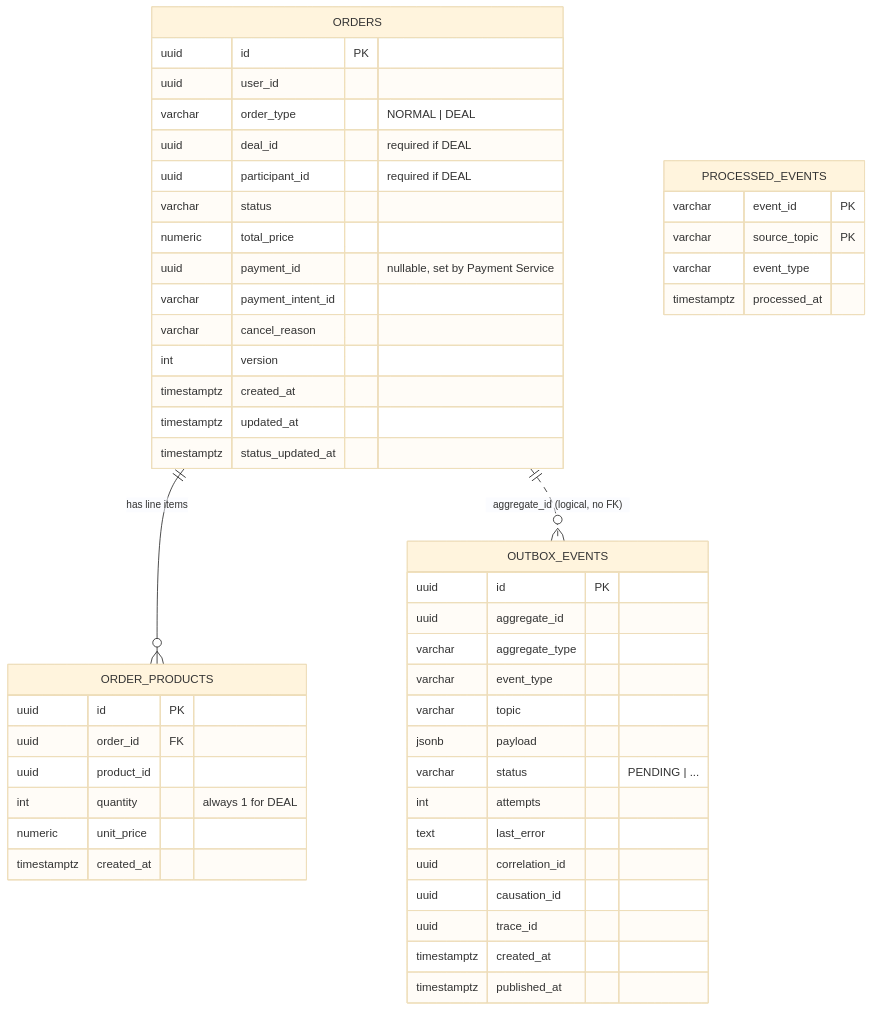
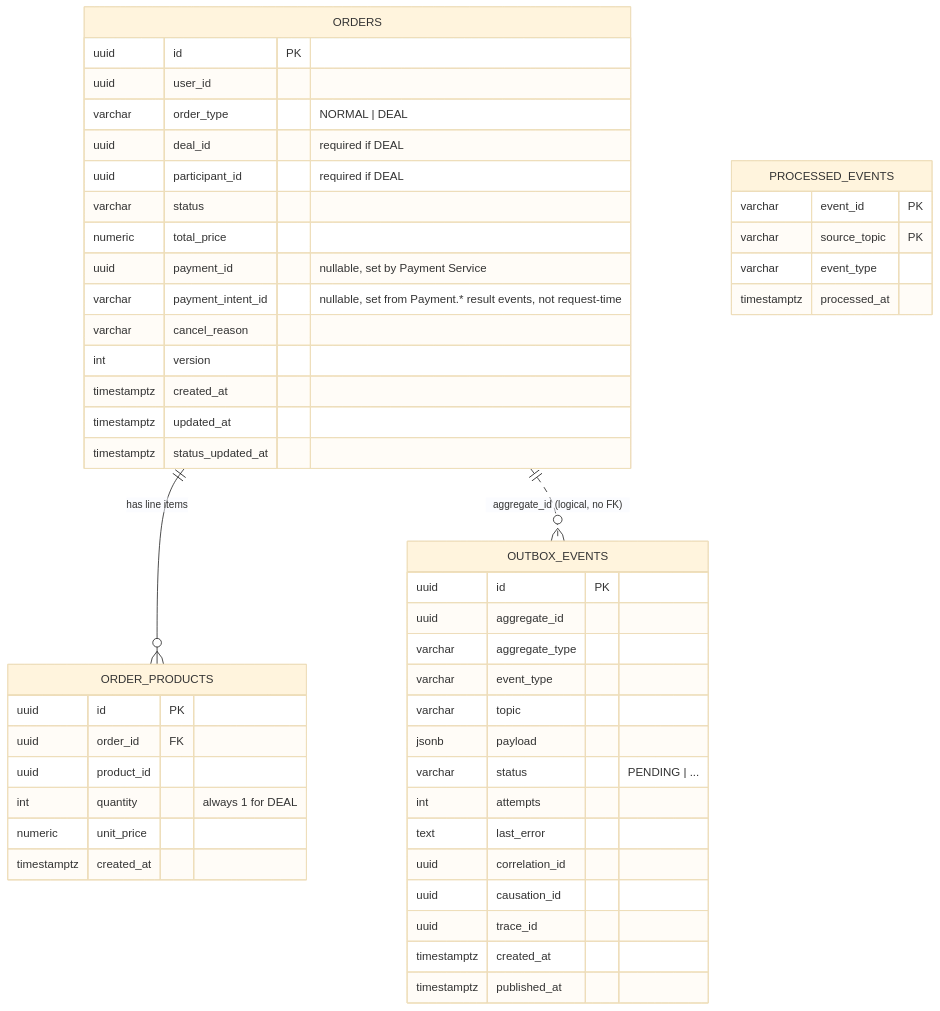
One commit to RallyDeals/rally-docs changed the first of 3 diagrams in services docs/order-service.md. Above: the diagram before and after it, drawn with Mermaid (base theme). The commit also changed other lines of this file and 1 other file, not shown here.

````diff
--- a/services docs/order-service.md
+++ b/services docs/order-service.md
@@ -5,55 +5,55 @@
 ```mermaid
 erDiagram
     ORDERS ||--o{ ORDER_PRODUCTS : "has line items"
     ORDERS ||..o{ OUTBOX_EVENTS : "aggregate_id (logical, no FK)"
 
     ORDERS {
         uuid id PK
         uuid user_id
         varchar order_type "NORMAL | DEAL"
         uuid deal_id "required if DEAL"
         uuid participant_id "required if DEAL"
         varchar status
         numeric total_price
         uuid payment_id "nullable, set by Payment Service"
-        varchar payment_intent_id
+        varchar payment_intent_id "nullable, set from Payment.* result events, not request-time"
         varchar cancel_reason
         int version
         timestamptz created_at
         timestamptz updated_at
         timestamptz status_updated_at
     }
 
     ORDER_PRODUCTS {
         uuid id PK
         uuid order_id FK
         uuid product_id
         int quantity "always 1 for DEAL"
         numeric unit_price
         timestamptz created_at
     }
 
     OUTBOX_EVENTS {
         uuid id PK
         uuid aggregate_id
         varchar aggregate_type
         varchar event_type
         varchar topic
         jsonb payload
         varchar status "PENDING | ..."
         int attempts
         text last_error
         uuid correlation_id
         uuid causation_id
         uuid trace_id
         timestamptz created_at
         timestamptz published_at
     }
 
     PROCESSED_EVENTS {
         varchar event_id PK
         varchar source_topic PK
         varchar event_type
         timestamptz processed_at
     }
 ```
````
